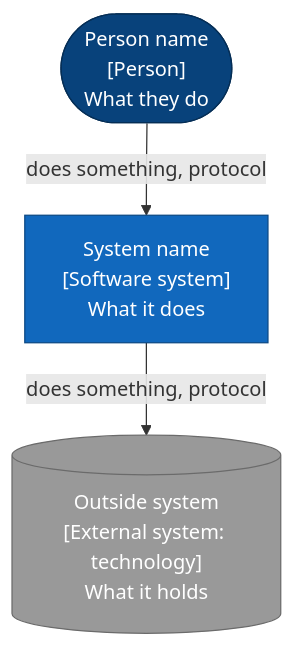
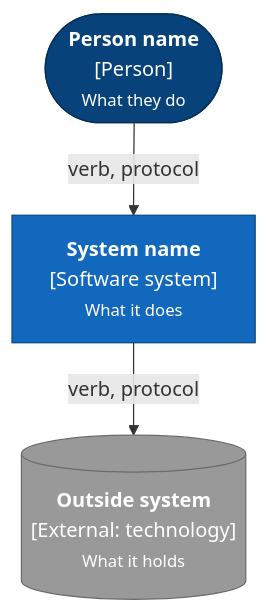
Before and after one commit to lyeyixian/job-search-app: the first of 5 diagrams in docs/architecture/diagram-templates.md, drawn with Mermaid. The commit also changed other lines of this file and 4 other files, not shown here.

First line of the commit message:
Shorten diagram labels and set line limits in the templates

````diff
--- a/docs/architecture/diagram-templates.md
+++ b/docs/architecture/diagram-templates.md
@@ -55,16 +65,16 @@
 ```mermaid
 flowchart TB
-    user(["Person name<br/>[Person]<br/>What they do"]):::person
-    system["System name<br/>[Software system]<br/>What it does"]:::system
-    ext[("Outside system<br/>[External system: technology]<br/>What it holds")]:::external
+    user(["<b>Person name</b><br/>[Person]<br/><small>What they do</small>"]):::person
+    system["<b>System name</b><br/>[Software system]<br/><small>What it does</small>"]:::system
+    ext[("<b>Outside system</b><br/>[External: technology]<br/><small>What it holds</small>")]:::external
 
-    user -- "does something, protocol" --> system
-    system -- "does something, protocol" --> ext
+    user -- "verb, protocol" --> system
+    system -- "verb, protocol" --> ext
 
     classDef person fill:#08427b,stroke:#052e56,color:#ffffff
     classDef system fill:#1168bd,stroke:#0b4884,color:#ffffff
     classDef container fill:#438dd5,stroke:#2e6295,color:#ffffff
     classDef component fill:#85bbf0,stroke:#5d82a8,color:#000000
     classDef store fill:#438dd5,stroke:#2e6295,color:#ffffff
     classDef external fill:#999999,stroke:#6b6b6b,color:#ffffff
 ```
````
